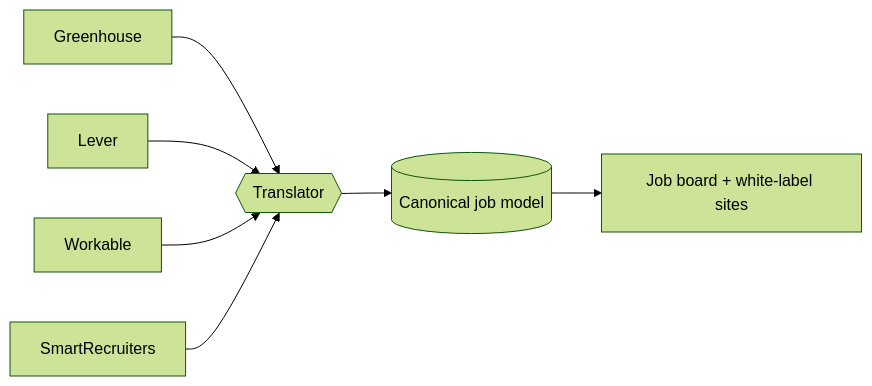
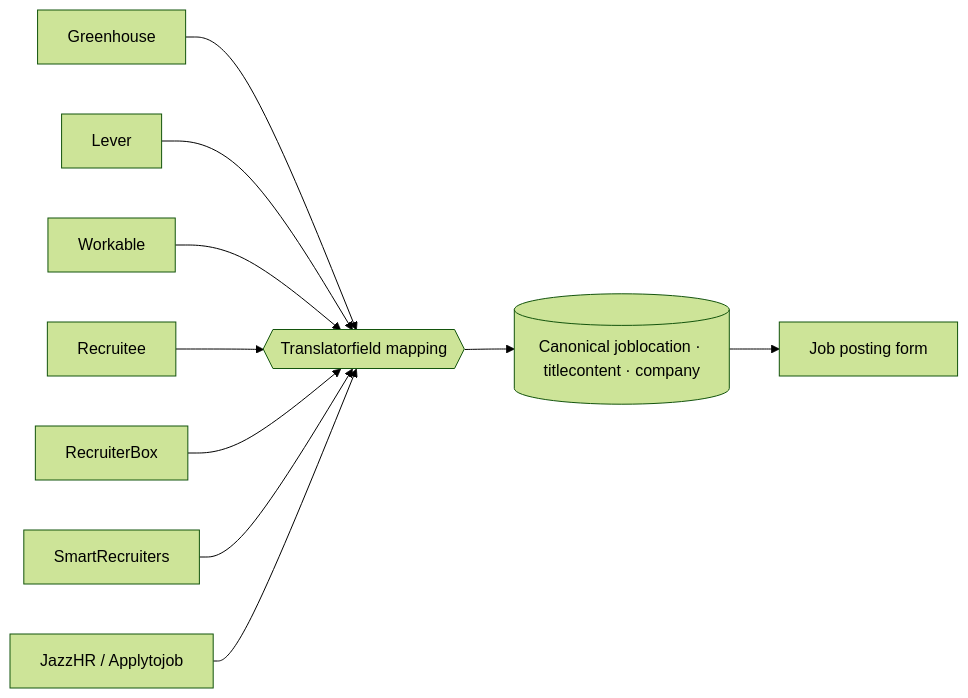
Diagram 11 of 23 in README.md (carljibrilsulaimanii/solutions-architecture-portfolio), drawn with Mermaid (forest theme) before and after one commit. The commit also changed other lines of this file, not shown here.

````diff
--- a/README.md
+++ b/README.md
@@ -63,9 +451,12 @@
 ```mermaid
 flowchart LR
   GH[Greenhouse] --> T
   LV[Lever] --> T
   WK[Workable] --> T
+  RC[Recruitee] --> T
+  RB[RecruiterBox] --> T
   SR[SmartRecruiters] --> T
-  T{{Translator}} --> C[(Canonical job model)]
-  C --> F[Job board + white-label sites]
+  JZ[JazzHR / Applytojob] --> T
+  T{{Translatorfield mapping}} --> C[(Canonical joblocation · titlecontent · company)]
+  C --> F[Job posting form]
 ```
````
